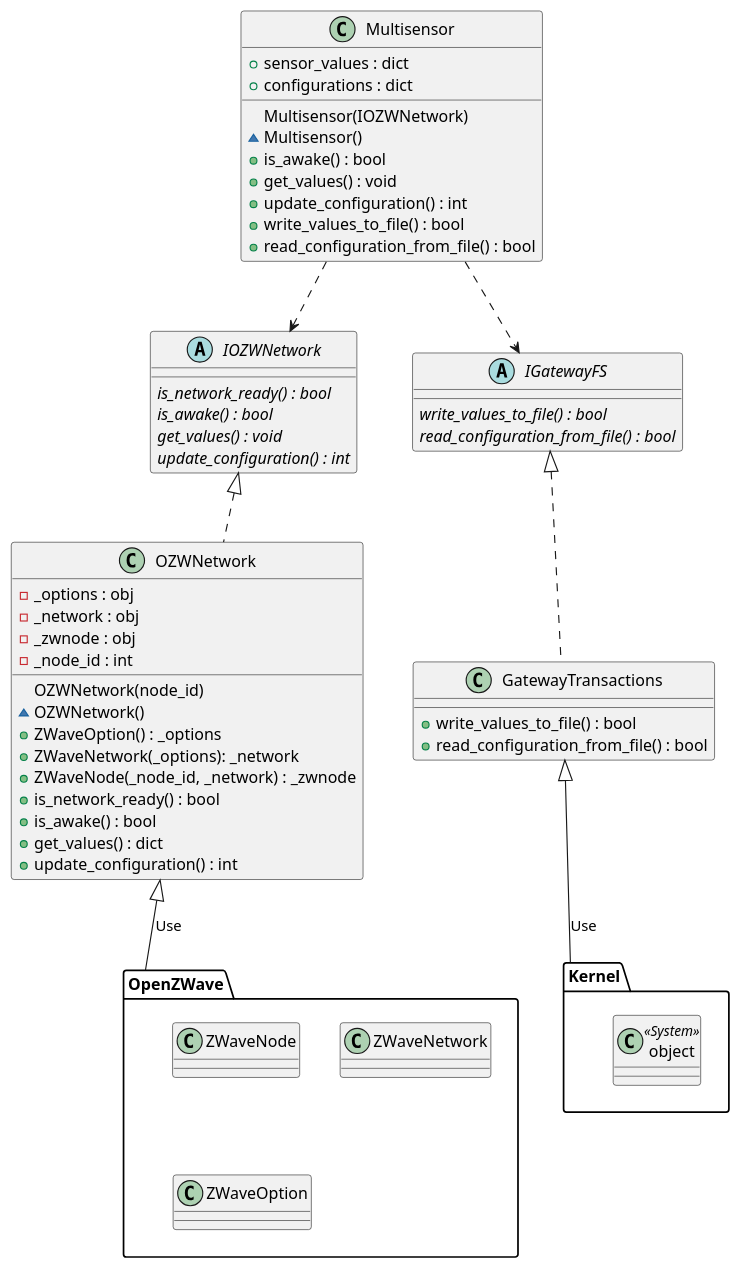
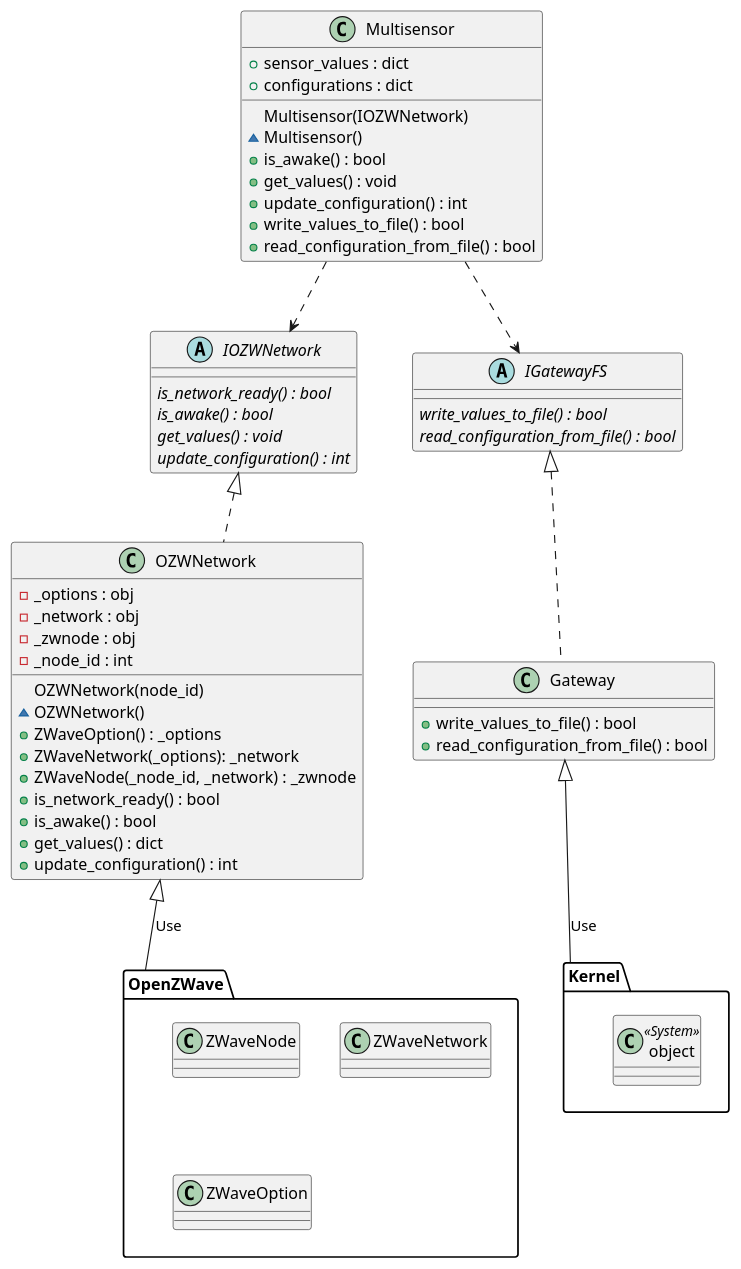
Before and after one commit to AU-PRO5-Rem/ReMoniProject: the diagram in doc/class_multisensor.iuml, drawn with PlantUML. The commit also changed 1 other file, not shown here.

Commit message:
Rename Gateway object

```diff
--- a/doc/class_multisensor.iuml
+++ b/doc/class_multisensor.iuml
@@ -1,67 +1,67 @@
 @startuml Multisensor
 
 abstract class IOZWNetwork {
     {abstract} is_network_ready() : bool
     {abstract} is_awake() : bool
     {abstract} get_values() : void
     {abstract} update_configuration() : int
 }
 
 abstract class IGatewayFS {
     {abstract} write_values_to_file() : bool
     {abstract} read_configuration_from_file() : bool
 }
 
-class GatewayTransactions implements IGatewayFS {
+class Gateway implements IGatewayFS {
 + write_values_to_file() : bool
 + read_configuration_from_file() : bool
 }
 
 package Kernel {
   class object<< System >>
 }
 
 
 class Multisensor {
     + sensor_values : dict
     + configurations : dict
 
       Multisensor(IOZWNetwork)
     ~ Multisensor()
     + is_awake() : bool
     + get_values() : void
     + update_configuration() : int
     + write_values_to_file() : bool
     + read_configuration_from_file() : bool
 
 }
 
 class OZWNetwork implements IOZWNetwork {
   - _options : obj
   - _network : obj
   - _zwnode : obj
   - _node_id : int
   OZWNetwork(node_id)
   ~OZWNetwork()
   + ZWaveOption() : _options
   + ZWaveNetwork(_options): _network 
   + ZWaveNode(_node_id, _network) : _zwnode
   + is_network_ready() : bool
   + is_awake() : bool
   + get_values() : dict
   + update_configuration() : int
 }
 
 package OpenZWave <<Folder>> {
   class ZWaveNode
   class ZWaveNetwork
   class ZWaveOption
 }
 
 Multisensor ..> IOZWNetwork
 OZWNetwork <|-- OpenZWave : Use
 Multisensor ..> IGatewayFS
-GatewayTransactions <|-- Kernel : Use
+Gateway <|-- Kernel : Use
 
 
 @enduml
```
